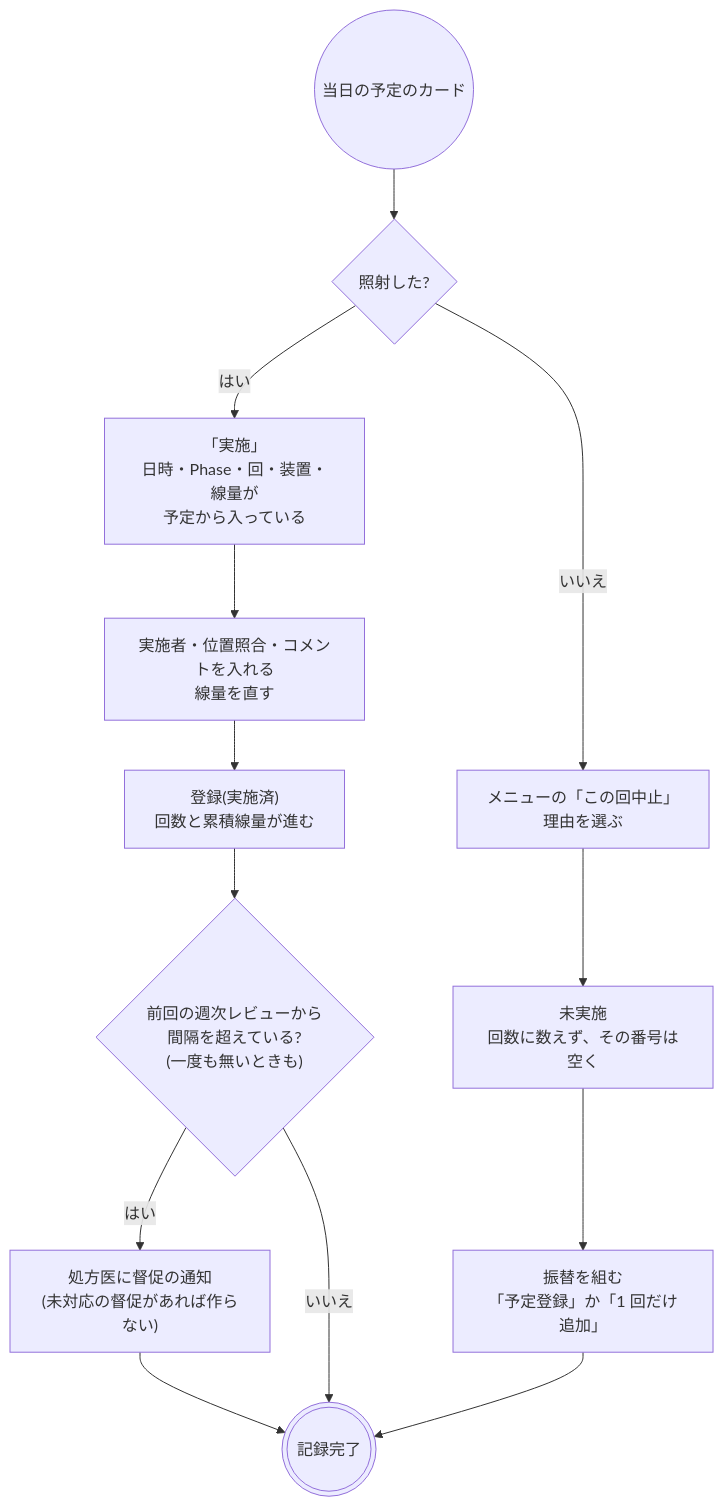
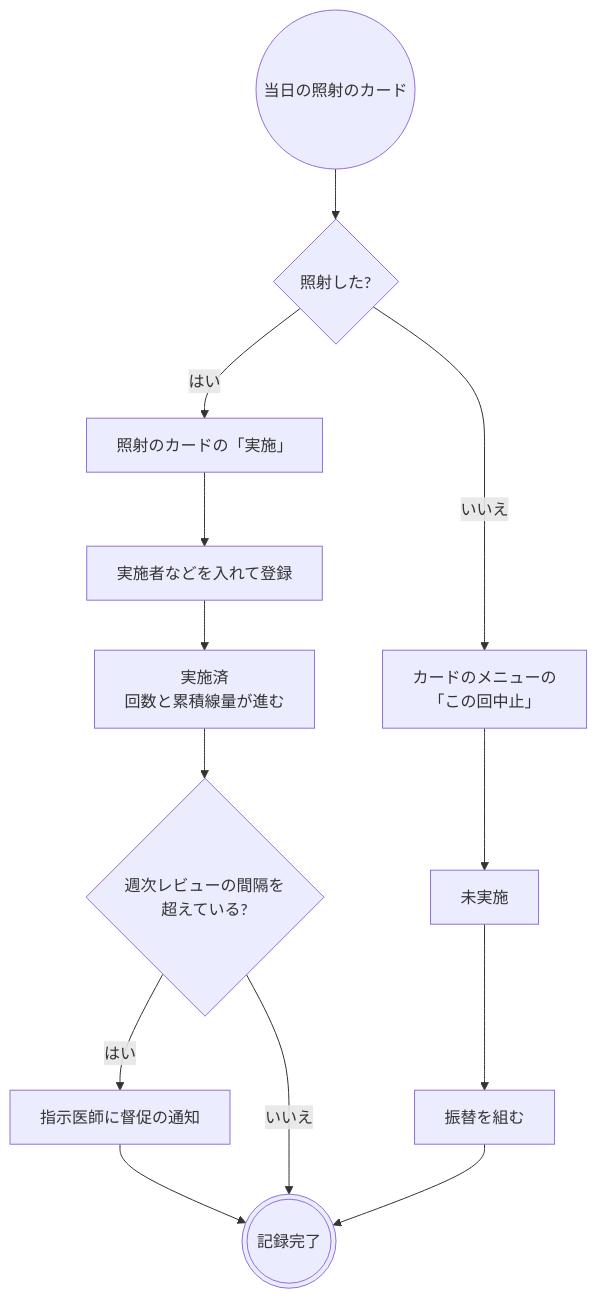
Before and after one commit to ysnr-dev/fhir-client-docs: the fourth of 6 diagrams in docs/flows/radiotherapy.md, drawn with Mermaid. The commit also changed other lines of this file and 43 other files, not shown here.

Commit message:
docs: 業務フローとシーケンス図を写し直し

````diff
--- a/docs/flows/radiotherapy.md
+++ b/docs/flows/radiotherapy.md
@@ -183,20 +258,20 @@
 ```mermaid
 flowchart TD
-  open(("当日の予定のカード"))
-  done_q{"照射した?"}
-  perform["「実施」<br/>日時・Phase・回・装置・線量が<br/>予定から入っている"]
-  input["実施者・位置照合・コメントを入れる<br/>線量を直す"]
-  save["登録(実施済)<br/>回数と累積線量が進む"]
-  interval{"前回の週次レビューから<br/>間隔を超えている?<br/>(一度も無いときも)"}
-  remind["処方医に督促の通知<br/>(未対応の督促があれば作らない)"]
-  notdone["メニューの「この回中止」<br/>理由を選ぶ"]
-  skipped["未実施<br/>回数に数えず、その番号は空く"]
-  refill["振替を組む<br/>「予定登録」か「1 回だけ追加」"]
+  open(("当日の照射のカード"))
+  doneQ{"照射した?"}
+  perform["照射のカードの「実施」"]
+  input["実施者などを入れて登録"]
+  save["実施済<br/>回数と累積線量が進む"]
+  interval{"週次レビューの間隔を<br/>超えている?"}
+  remind["指示医師に督促の通知"]
+  notdone["カードのメニューの<br/>「この回中止」"]
+  skipped["未実施"]
+  refill["振替を組む"]
   finish((("記録完了")))
 
-  open --> done_q
-  done_q -- "はい" --> perform --> input --> save --> interval
+  open --> doneQ
+  doneQ -- "はい" --> perform --> input --> save --> interval
   interval -- "はい" --> remind --> finish
   interval -- "いいえ" --> finish
-  done_q -- "いいえ" --> notdone --> skipped --> refill --> finish
+  doneQ -- "いいえ" --> notdone --> skipped --> refill --> finish
 ```
````
